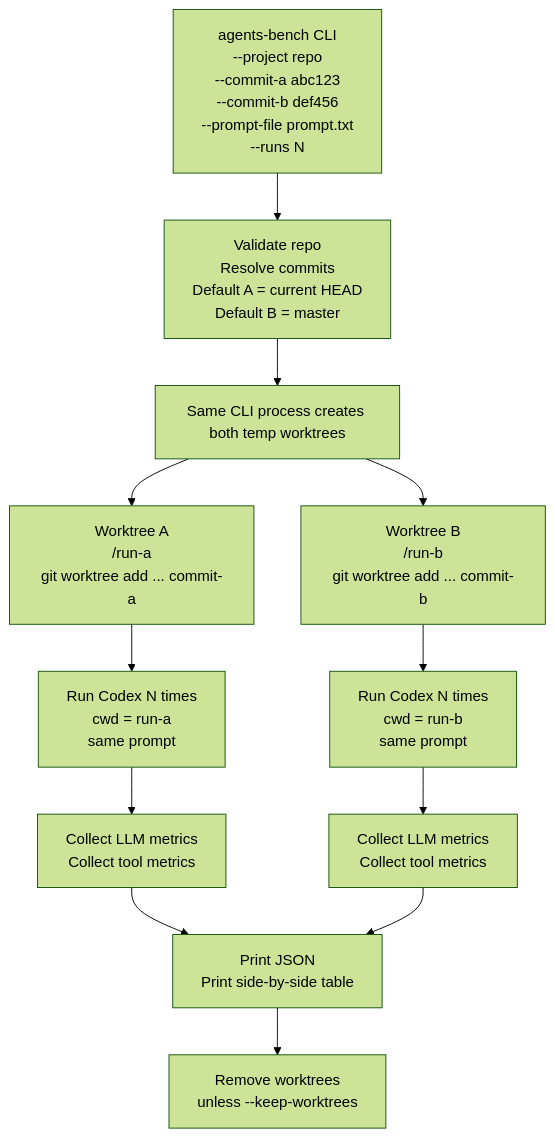
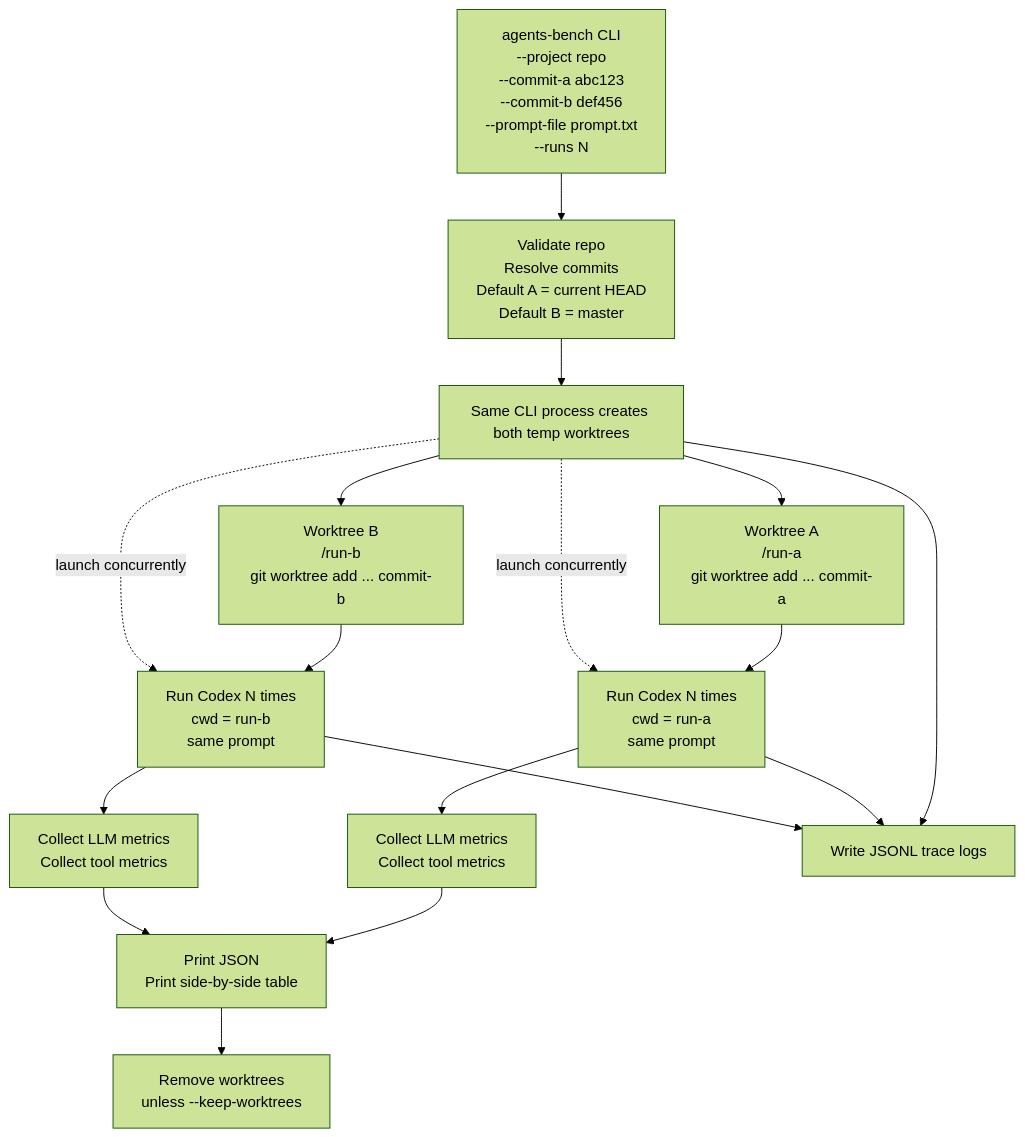
One commit to varshinivij/greptile_hack changed the diagram in agentcd/PLAN.md. Above: the diagram before and after it, drawn with Mermaid (forest theme). The commit also changed other lines of this file and 8 other files, not shown here.

````diff
--- a/agentcd/PLAN.md
+++ b/agentcd/PLAN.md
@@ -11,22 +11,29 @@
 ```mermaid
 flowchart TD
     CLI["agents-bench CLI<br/>--project repo<br/>--commit-a abc123<br/>--commit-b def456<br/>--prompt-file prompt.txt<br/>--runs N"]
     Validate["Validate repo<br/>Resolve commits<br/>Default A = current HEAD<br/>Default B = master"]
     Create["Same CLI process creates both temp worktrees"]
 
     CLI --> Validate --> Create
 
     Create --> WorktreeA["Worktree A<br/><tmp>/run-a<br/>git worktree add ... commit-a"]
     Create --> WorktreeB["Worktree B<br/><tmp>/run-b<br/>git worktree add ... commit-b"]
 
     WorktreeA --> CodexA["Run Codex N times<br/>cwd = run-a<br/>same prompt"]
     WorktreeB --> CodexB["Run Codex N times<br/>cwd = run-b<br/>same prompt"]
 
+    Create -. "launch concurrently" .-> CodexA
+    Create -. "launch concurrently" .-> CodexB
+
     CodexA --> MetricsA["Collect LLM metrics<br/>Collect tool metrics"]
     CodexB --> MetricsB["Collect LLM metrics<br/>Collect tool metrics"]
 
     MetricsA --> Output["Print JSON<br/>Print side-by-side table"]
     MetricsB --> Output
 
+    Create --> Logs["Write JSONL trace logs"]
+    CodexA --> Logs
+    CodexB --> Logs
+
     Output --> Cleanup["Remove worktrees<br/>unless --keep-worktrees"]
 ```
````
